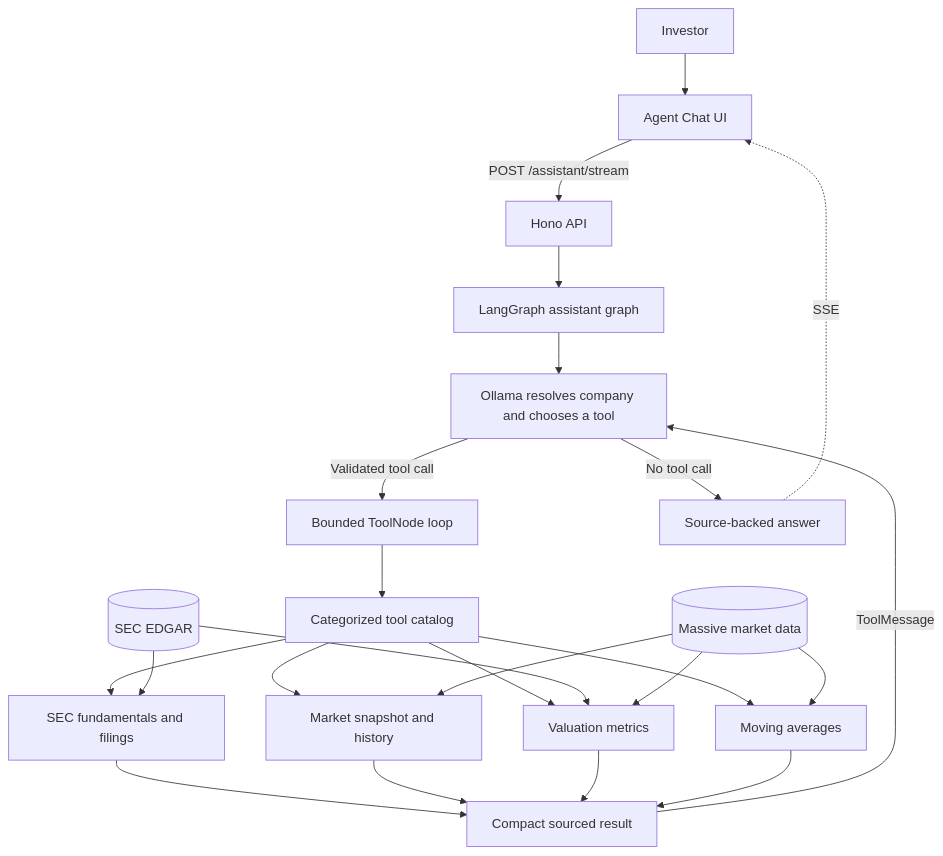
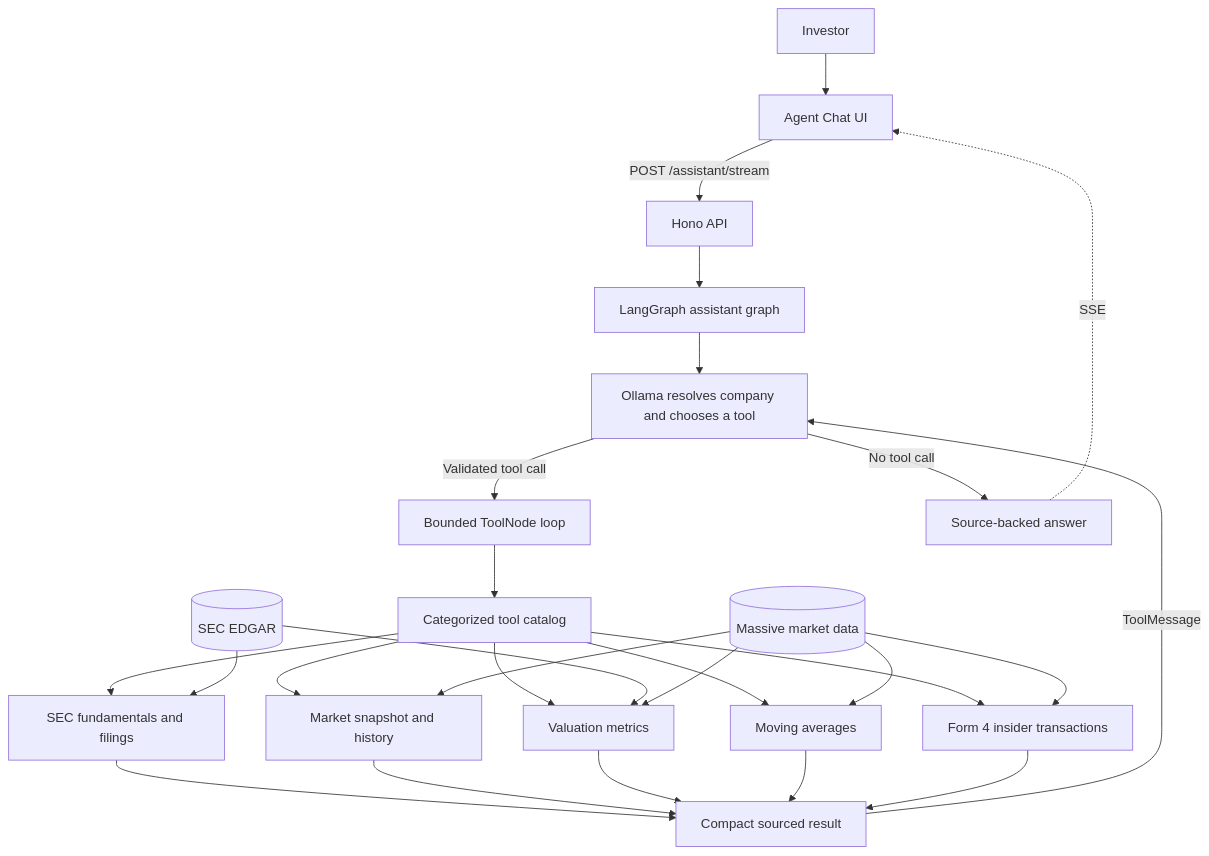
The second of 2 diagrams in docs/ARCHITECTURE.md (YuFanDeng/investment-research-committee), drawn with Mermaid before and after one commit. The commit also changed other lines of this file and 22 other files, not shown here.

````diff
--- a/docs/ARCHITECTURE.md
+++ b/docs/ARCHITECTURE.md
@@ -42,25 +42,28 @@
 ```mermaid
 flowchart TB
     User[Investor] --> UI[Agent Chat UI]
     UI -->|POST /assistant/stream| API[Hono API]
     API --> Graph[LangGraph assistant graph]
     Graph --> Model[Ollama resolves company and chooses a tool]
     Model -->|Validated tool call| ToolNode[Bounded ToolNode loop]
     ToolNode --> Catalog[Categorized tool catalog]
     Catalog --> SECtools[SEC fundamentals and filings]
     Catalog --> MarketTools[Market snapshot and history]
     Catalog --> ValuationTools[Valuation metrics]
     Catalog --> TechnicalTools[Moving averages]
+    Catalog --> OwnershipTools[Form 4 insider transactions]
     SEC[(SEC EDGAR)] --> SECtools
     Massive[(Massive market data)] --> MarketTools
     SEC --> ValuationTools
     Massive --> ValuationTools
     Massive --> TechnicalTools
+    Massive --> OwnershipTools
     SECtools --> Result[Compact sourced result]
     MarketTools --> Result
     ValuationTools --> Result
     TechnicalTools --> Result
+    OwnershipTools --> Result
     Result -->|ToolMessage| Model
     Model -->|No tool call| Answer[Source-backed answer]
     Answer -. SSE .-> UI
 ```
````
